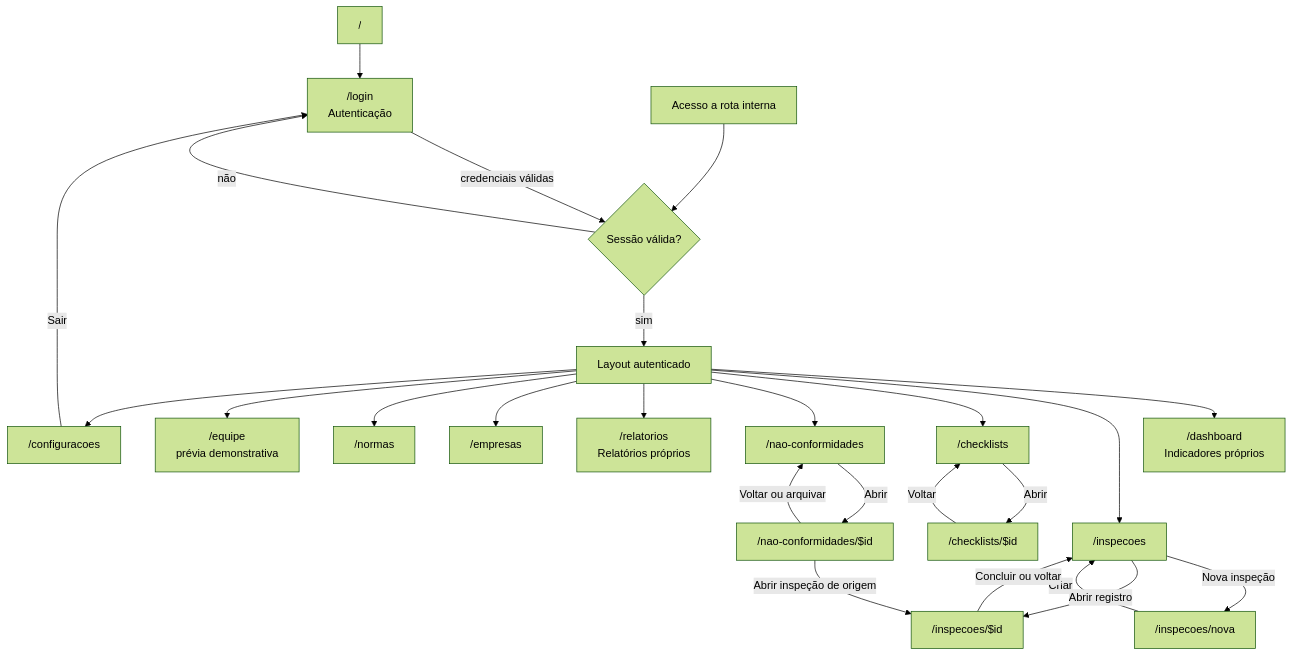
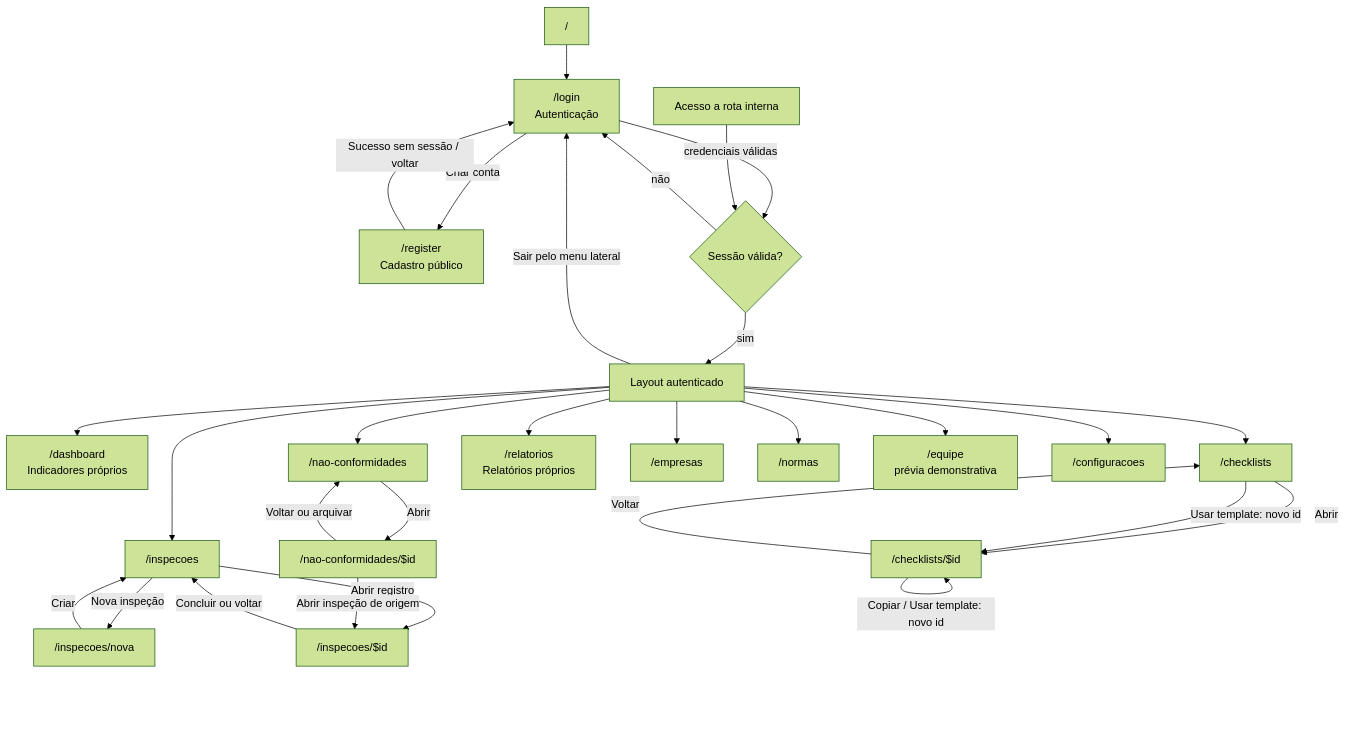
One commit to PedroVitor237/safe-watch-insight changed the diagram in Documentation/MAPA_DE_NAVEGACAO.md. Above: the diagram before and after it, drawn with Mermaid (forest theme). The commit also changed other lines of this file and 10 other files, not shown here.

Commit message:
docs: consolidate domain classes use cases and business flows

````diff
--- a/Documentation/MAPA_DE_NAVEGACAO.md
+++ b/Documentation/MAPA_DE_NAVEGACAO.md
@@ -41,34 +46,38 @@
 ```mermaid
 flowchart TD
     Root["/"] --> Login["/login<br/>Autenticação"]
+    Login -->|Criar conta| Register["/register<br/>Cadastro público"]
+    Register -->|Sucesso sem sessão / voltar| Login
     Login -->|credenciais válidas| Guard
     Internal["Acesso a rota interna"] --> Guard
 
     Guard{"Sessão válida?"}
     Guard -->|não| Login
     Guard -->|sim| App["Layout autenticado"]
 
     App --> Dashboard["/dashboard<br/>Indicadores próprios"]
     App --> Inspections["/inspecoes"]
     App --> Checklists["/checklists"]
     App --> NCs["/nao-conformidades"]
     App --> Reports["/relatorios<br/>Relatórios próprios"]
     App --> Companies["/empresas"]
     App --> Standards["/normas"]
     App --> Team["/equipe<br/>prévia demonstrativa"]
     App --> Settings["/configuracoes"]
 
     Inspections -->|Nova inspeção| NewInspection["/inspecoes/nova"]
     NewInspection -->|Criar| Inspections
     Inspections -->|Abrir registro| Inspection["/inspecoes/$id"]
     Inspection -->|Concluir ou voltar| Inspections
 
     Checklists -->|Abrir| Checklist["/checklists/$id"]
     Checklist -->|Voltar| Checklists
+    Checklists -->|Usar template: novo id| Checklist
+    Checklist -->|Copiar / Usar template: novo id| Checklist
 
     NCs -->|Abrir| NC["/nao-conformidades/$id"]
     NC -->|Abrir inspeção de origem| Inspection
     NC -->|Voltar ou arquivar| NCs
 
-    Settings -->|Sair| Login
+    App -->|Sair pelo menu lateral| Login
 ```
````
